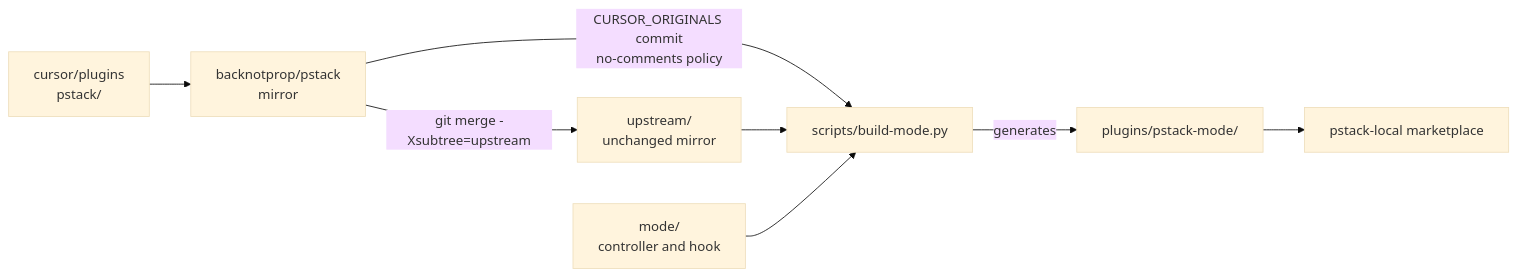
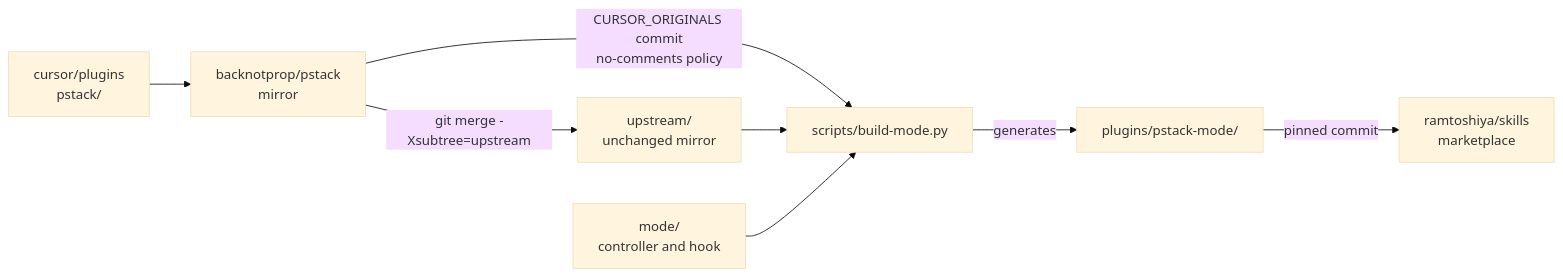
The diagram in README.md (ramtoshiya/pstack-mode), drawn with Mermaid (base theme) before and after one commit. The commit also changed other lines of this file and 4 other files, not shown here.

Commit message:
Install pstack-mode from the ramtoshiya marketplace pin

````diff
--- a/README.md
+++ b/README.md
@@ -7,10 +7,10 @@
 ```mermaid
 flowchart LR
   C["cursor/plugins<br/>pstack/"] --> M["backnotprop/pstack<br/>mirror"]
   M -- "git merge -Xsubtree=upstream" --> U["upstream/<br/>unchanged mirror"]
   M -- "CURSOR_ORIGINALS commit<br/>no-comments policy" --> B["scripts/build-mode.py"]
   U --> B
   O["mode/<br/>controller and hook"] --> B
   B -- "generates" --> P["plugins/pstack-mode/"]
-  P --> L["pstack-local marketplace"]
+  P -- "pinned commit" --> L["ramtoshiya/skills<br/>marketplace"]
 ```
````
